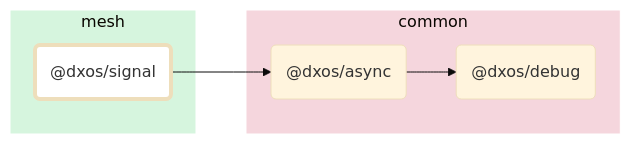
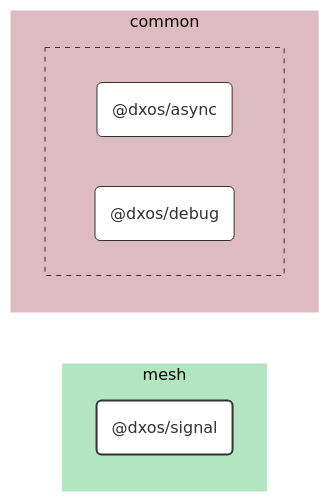
One commit to dxos/dxos changed the diagram in packages/mesh/signal/docs/README.md. Above: the diagram before and after it, drawn with Mermaid (base theme). The commit also changed 100 other files, not shown here.

````diff
--- a/packages/mesh/signal/docs/README.md
+++ b/packages/mesh/signal/docs/README.md
@@ -7,22 +7,41 @@
 ```mermaid
-flowchart LR;
+%%{ init: {'flowchart':{'curve':'basis'}} }%%
 
-style dxos/signal fill:#fff,stroke-width:4px;
+flowchart LR
 
-click dxos/async "https:/github.com/dxos/dxos/tree/main/packages/common/async/docs";
-click dxos/debug "https:/github.com/dxos/dxos/tree/main/packages/common/debug/docs";
+%% Links
 
+%% Sections
 subgraph mesh
-  style mesh fill:#d6f5de,stroke:#fff;
-  dxos/signal("@dxos/signal");
+  style mesh fill:#b3e6c0,stroke:#fff;
+
+  dxos/signal("@dxos/signal")
 end
 
 subgraph common
-  style common fill:#f5d6dd,stroke:#fff;
-  dxos/async("@dxos/async");
-  dxos/debug("@dxos/debug");
+  style common fill:#debac2,stroke:#fff;
+
+
+  subgraph common-excluded [ ]
+    style common-excluded fill:#debac2,stroke:#333,stroke-dasharray:5 5;
+
+    dxos/async("@dxos/async")
+    dxos/debug("@dxos/debug")
+  end
 end
 
-dxos/signal --> dxos/async;
-dxos/async --> dxos/debug;
+
+%% Hyperlinks
+click dxos/async href "https:/github.com/dxos/dxos/tree/main/packages/common/async/docs";
+click dxos/debug href "https:/github.com/dxos/dxos/tree/main/packages/common/debug/docs";
+
+%% Styles
+classDef rootNode fill:#fff,stroke:#333,stroke-width:2px
+classDef defaultNode fill:#fff,stroke:#333,stroke-width:1px
+linkStyle default stroke:#333,stroke-width:1px
+
+dxos/signal:::rootNode
+
+dxos/async:::defaultNode
+dxos/debug:::defaultNode
 ```
````
